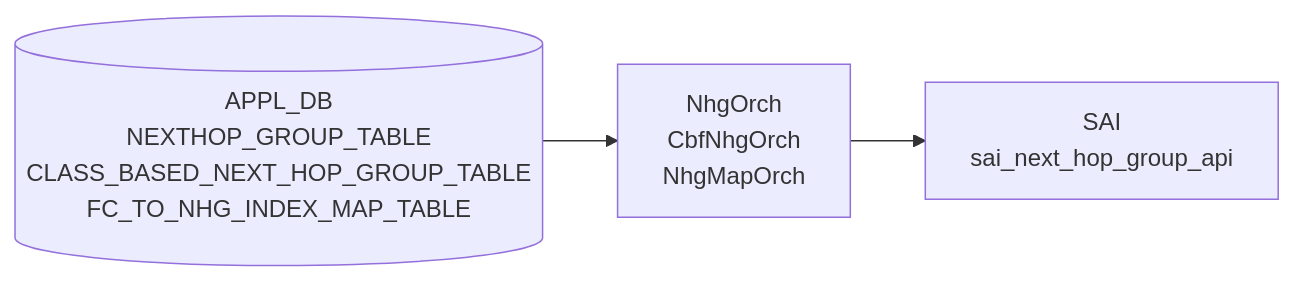
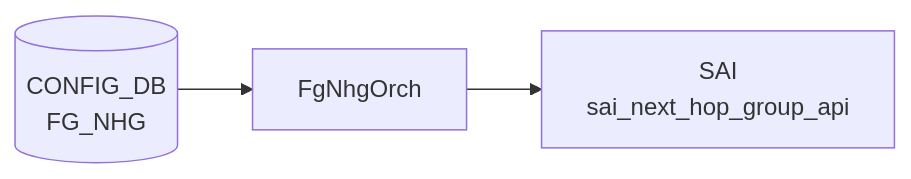
Before and after one commit to aoki-taquan/sonic-unofficial-docs: the diagram in docs/reference/config-db/nhg-orch.md, drawn with Mermaid. The commit also changed other lines of this file and 2 other files, not shown here.

Commit message:
fix(frontmatter): fill or opt-out empty related axes (batch 9) (#5106)
* fix(frontmatter): fill or opt-out empty related axes (batch 9)

- macsec-port: add related.cli (config macsec port add/del, show macsec)
- nhg-orch: replace empty config_db/yang arrays with FG_NHG +
  _no_related_cli/_no_related_yang markers; regenerate cdb-mermaid
- nhg: add _no_related_cli/_no_related_yang (page has no CLI/YANG)

* chore: regen with FRONTMATTER_LINT_CHECK_PATHS=0 (snapshot/report sync)

---------

````diff
--- a/docs/reference/config-db/nhg-orch.md
+++ b/docs/reference/config-db/nhg-orch.md
@@ -41,8 +43,8 @@
 ```mermaid
 flowchart LR
-  APPL[("APPL_DB\nNEXTHOP_GROUP_TABLE\nCLASS_BASED_NEXT_HOP_GROUP_TABLE\nFC_TO_NHG_INDEX_MAP_TABLE")]
-  NhgOrch["NhgOrch\nCbfNhgOrch\nNhgMapOrch"]
-  APPL --> NhgOrch
-  SAI["SAI\nsai_next_hop_group_api"]
-  NhgOrch --> SAI
+  CDB[("CONFIG_DB<br/>FG_NHG")]
+  DM["FgNhgOrch"]
+  CDB --> DM
+  SAI["SAI<br/>sai_next_hop_group_api"]
+  DM --> SAI
 ```
````
